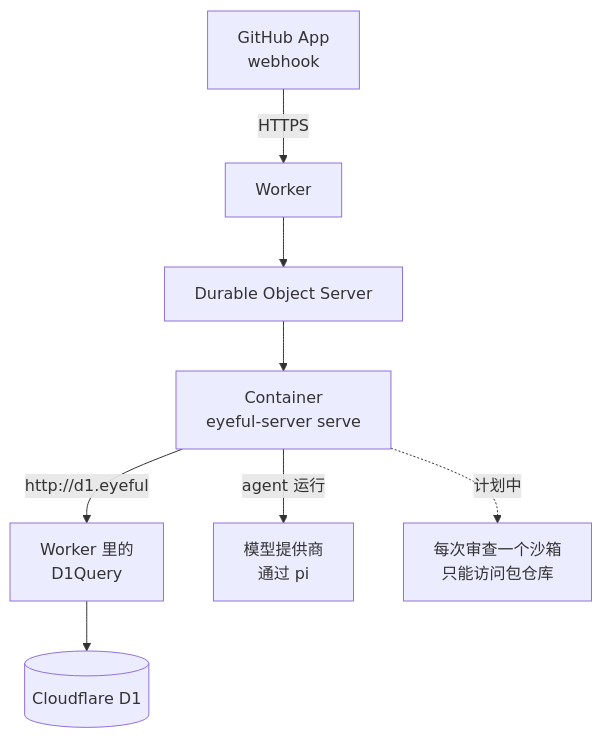
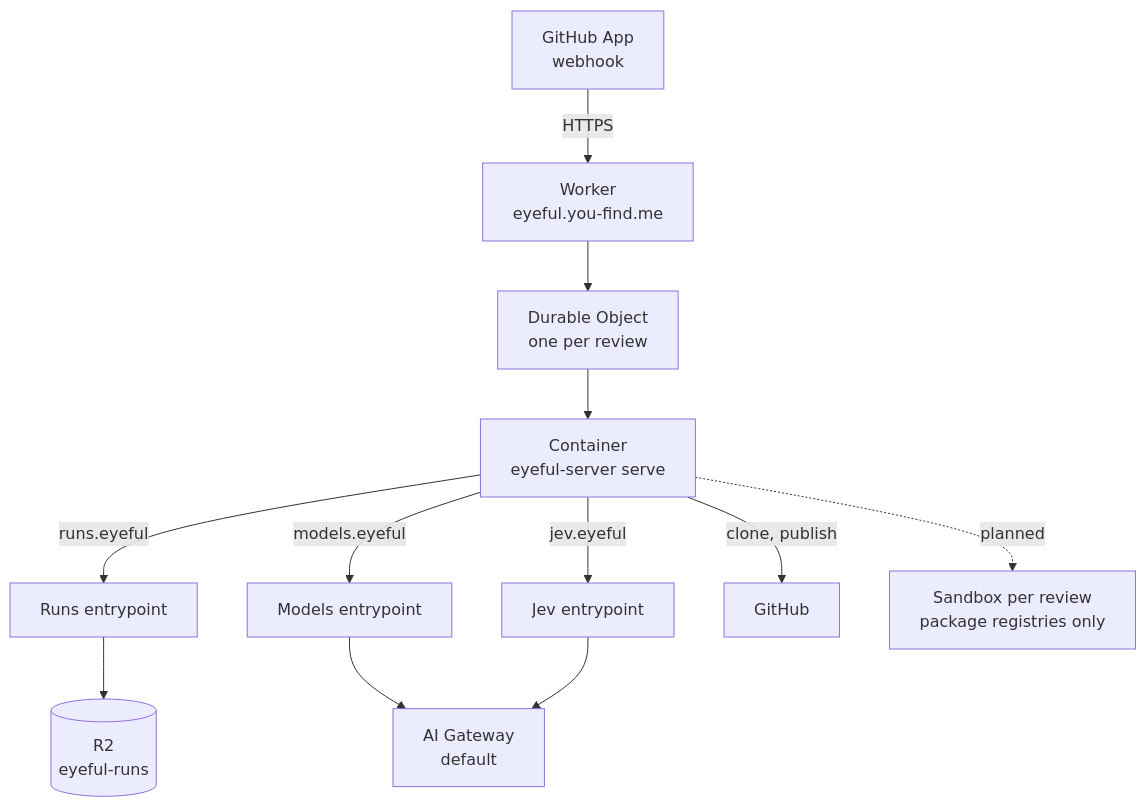
One commit to Pleasurecruise/eyeful changed the first of 2 diagrams in docs/zh/cloud/DEPLOYMENT.md. Above: the diagram before and after it, drawn with Mermaid. The commit also changed other lines of this file and 46 other files, not shown here.

````diff
--- a/docs/zh/cloud/DEPLOYMENT.md
+++ b/docs/zh/cloud/DEPLOYMENT.md
@@ -20,10 +20,11 @@
 ```mermaid
 flowchart TB
-    gh["GitHub App<br/>webhook"] -->|HTTPS| worker["Worker"]
-    worker --> do["Durable Object Server"]
+    gh["GitHub App<br/>webhook"] -->|HTTPS| worker["Worker<br/>eyeful.you-find.me"]
+    worker --> do["Durable Object<br/>one per review"]
     do --> server["Container<br/>eyeful-server serve"]
-    server -->|"http://d1.eyeful"| proxy["Worker 里的<br/>D1Query"]
-    proxy --> d1[("Cloudflare D1")]
-    server -->|agent 运行| models["模型提供商<br/>通过 pi"]
-    server -.->|计划中| sandbox["每次审查一个沙箱<br/>只能访问包仓库"]
+    server -->|"runs.eyeful"| runs["Runs entrypoint"] --> r2[("R2<br/>eyeful-runs")]
+    server -->|"models.eyeful"| models["Models entrypoint"] --> gateway["AI Gateway<br/>default"]
+    server -->|"jev.eyeful"| jev["Jev entrypoint"] --> gateway
+    server -->|clone, publish| github["GitHub"]
+    server -.->|planned| sandbox["Sandbox per review<br/>package registries only"]
 ```
````
